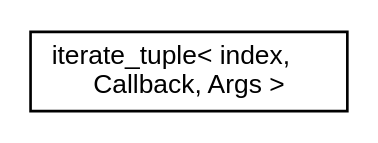
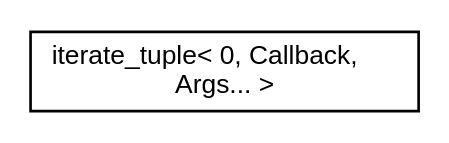
Before and after one commit to Rejdok/OTUSFourthTask: the diagram in inherit_graph_5.dot, drawn with Graphviz. The commit also changed 38 other files, not shown here.

```diff
--- a/inherit_graph_5.dot
+++ b/inherit_graph_5.dot
@@ -1,7 +1,7 @@
 digraph "Graphical Class Hierarchy"
 {
   edge [fontname="Helvetica",fontsize="10",labelfontname="Helvetica",labelfontsize="10"];
   node [fontname="Helvetica",fontsize="10",shape=record];
   rankdir="LR";
-  Node1 [label="iterate_tuple\< index,\l Callback, Args \>",height=0.2,width=0.4,color="black", fillcolor="white", style="filled",URL="$structiterate__tuple.html"];
+  Node1 [label="iterate_tuple\< 0, Callback,\l Args... \>",height=0.2,width=0.4,color="black", fillcolor="white", style="filled",URL="$structiterate__tuple_3_010_00_01_callback_00_01_args_8_8_8_01_4.html"];
 }
```
